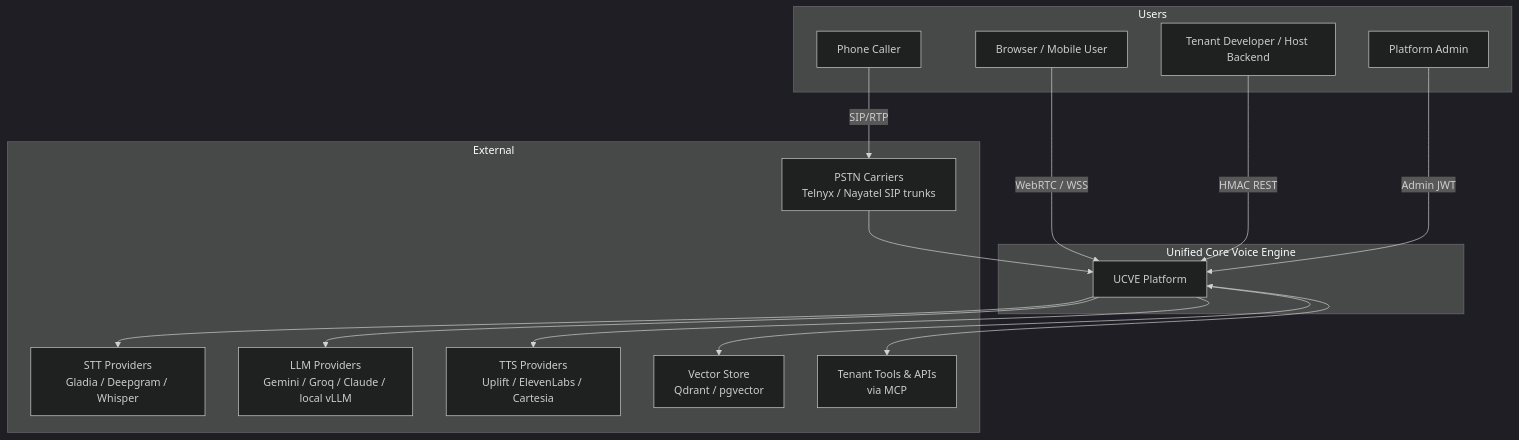
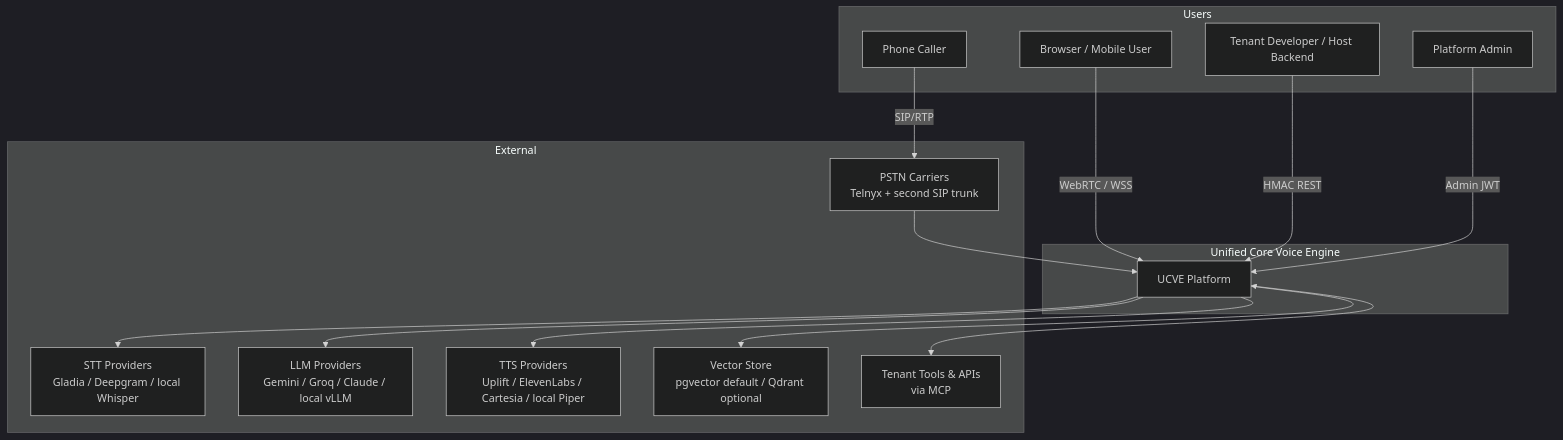
Before and after one commit to hamziCodes/VERTEX-voiceai: the first of 3 diagrams in docs/blueprint/01_SYSTEM_TOPOLOGY_AND_ARCHITECTURE.md, drawn with Mermaid (dark theme). The commit also changed other lines of this file and 11 other files, not shown here.

````diff
--- a/docs/blueprint/01_SYSTEM_TOPOLOGY_AND_ARCHITECTURE.md
+++ b/docs/blueprint/01_SYSTEM_TOPOLOGY_AND_ARCHITECTURE.md
@@ -33,32 +35,32 @@
 ```mermaid
 graph TB
     subgraph Users
         WebUser[Browser / Mobile User]
         PSTNCaller[Phone Caller]
         Tenant[Tenant Developer / Host Backend]
         Admin[Platform Admin]
     end
 
     subgraph UCVE["Unified Core Voice Engine"]
         System[UCVE Platform]
     end
 
     subgraph External
-        STTProv[STT Providers<br/>Gladia / Deepgram / Whisper]
+        STTProv[STT Providers<br/>Gladia / Deepgram / local Whisper]
         LLMProv[LLM Providers<br/>Gemini / Groq / Claude / local vLLM]
-        TTSProv[TTS Providers<br/>Uplift / ElevenLabs / Cartesia]
-        Telco[PSTN Carriers<br/>Telnyx / Nayatel SIP trunks]
-        VectorDB[Vector Store<br/>Qdrant / pgvector]
+        TTSProv[TTS Providers<br/>Uplift / ElevenLabs / Cartesia / local Piper]
+        Telco[PSTN Carriers<br/>Telnyx + second SIP trunk]
+        VectorDB[Vector Store<br/>pgvector default / Qdrant optional]
         Tools[Tenant Tools & APIs<br/>via MCP]
     end
 
     WebUser -->|WebRTC / WSS| System
     PSTNCaller -->|SIP/RTP| Telco --> System
     Tenant -->|HMAC REST| System
     Admin -->|Admin JWT| System
     System --> STTProv
     System --> LLMProv
     System --> TTSProv
     System --> VectorDB
     System <--> Tools
 ```
````
